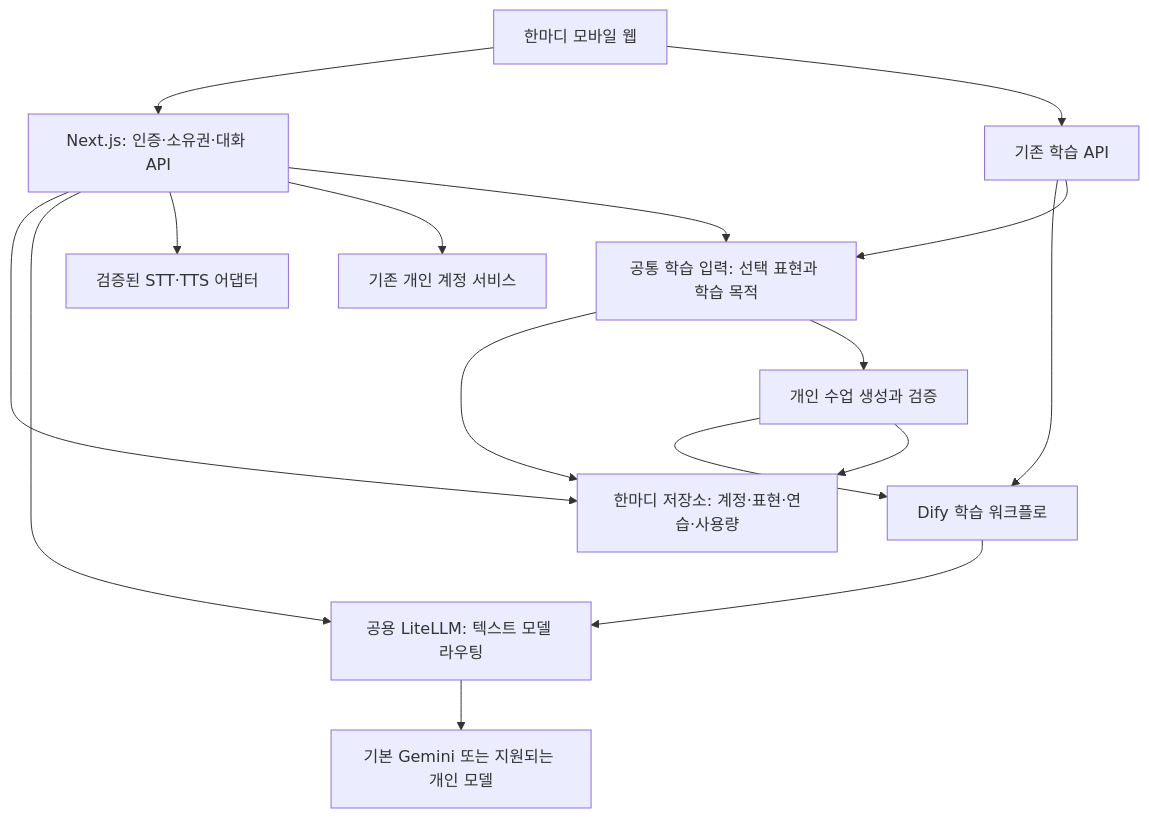
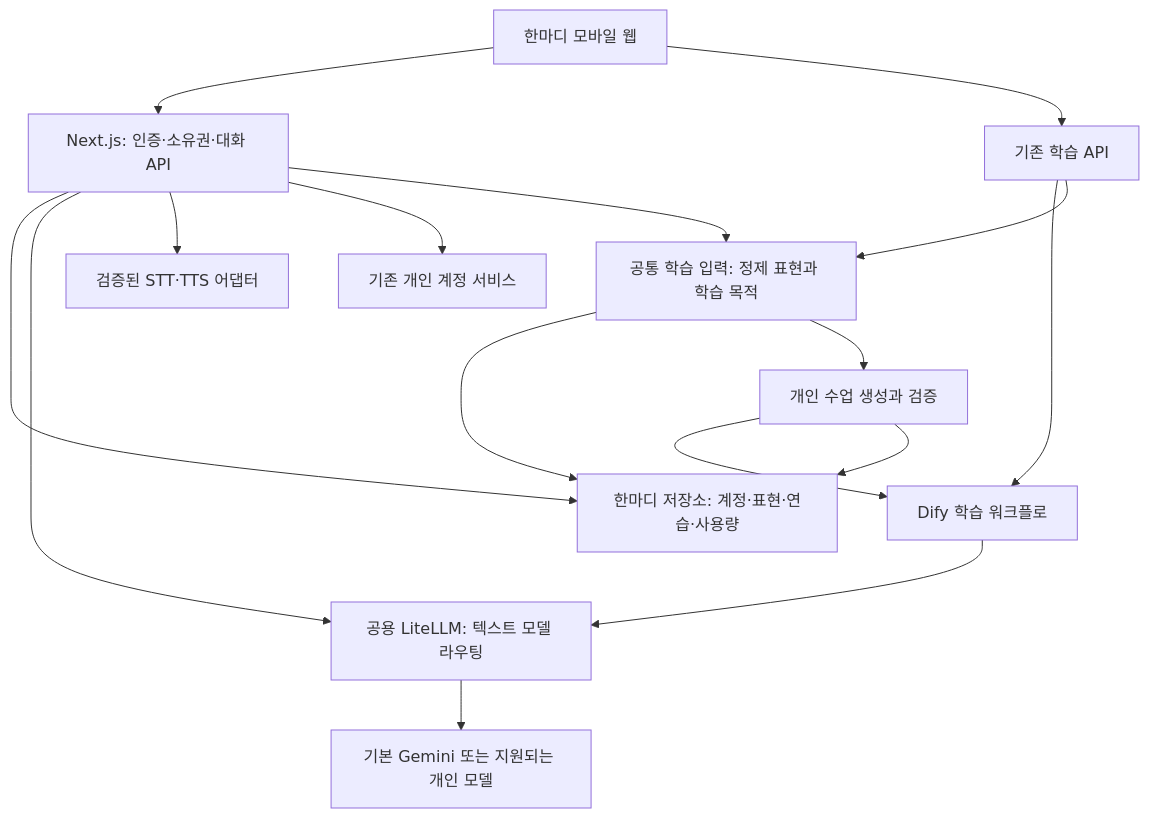
One commit to hhj4861/commerce-automation-kit changed the fourth of 4 diagrams in docs/HANMADI-CONVERSATION-APP-DESIGN.md. Above: the diagram before and after it, drawn with Mermaid. The commit also changed other lines of this file and 7 other files, not shown here.

````diff
--- a/docs/HANMADI-CONVERSATION-APP-DESIGN.md
+++ b/docs/HANMADI-CONVERSATION-APP-DESIGN.md
@@ -345,18 +348,18 @@
 ```mermaid
 flowchart TD
     UI[한마디 모바일 웹] --> API[Next.js: 인증·소유권·대화 API]
     API --> STORE[한마디 저장소: 계정·표현·연습·사용량]
     API --> GW[공용 LiteLLM: 텍스트 모델 라우팅]
     API --> AUDIO[검증된 STT·TTS 어댑터]
     GW --> MODEL[기본 Gemini 또는 지원되는 개인 모델]
     UI --> STUDY[기존 학습 API]
     STUDY --> DIFY[Dify 학습 워크플로]
     DIFY --> GW
     API --> ACC[기존 개인 계정 서비스]
-    STUDY --> CAPTURE[공통 학습 입력: 선택 표현과 학습 목적]
+    STUDY --> CAPTURE[공통 학습 입력: 정제 표현과 학습 목적]
     API --> CAPTURE
     CAPTURE --> STORE
     CAPTURE --> LESSON[개인 수업 생성과 검증]
     LESSON --> DIFY
     LESSON --> STORE
 ```
````
